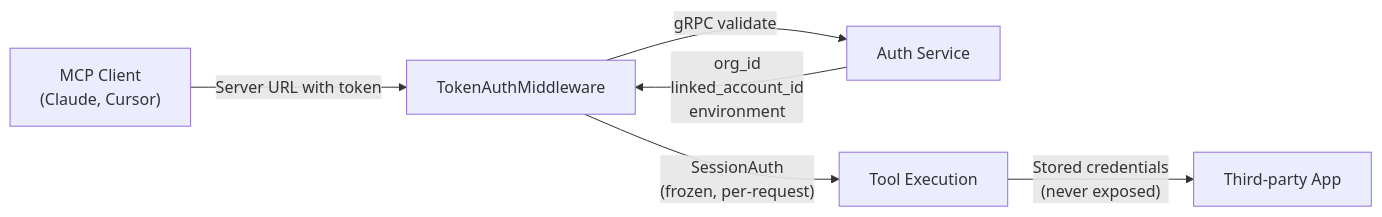
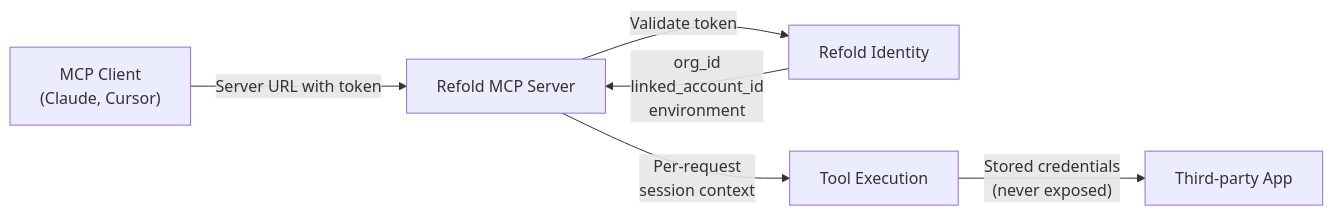
Before and after one commit to gocobalt/mintlify-docs: the diagram in mcp/security-governance.mdx, drawn with Mermaid. The commit also changed other lines of this file and 5 other files, not shown here.

````diff
--- a/mcp/security-governance.mdx
+++ b/mcp/security-governance.mdx
@@ -14,8 +14,8 @@
 ```mermaid
 flowchart LR
-    A["MCP Client<br/>(Claude, Cursor)"] -->|"Server URL with token"| B["TokenAuthMiddleware"]
-    B -->|"gRPC validate"| C["Auth Service"]
+    A["MCP Client<br/>(Claude, Cursor)"] -->|"Server URL with token"| B["Refold MCP Server"]
+    B -->|"Validate token"| C["Refold Identity"]
     C -->|"org_id<br/>linked_account_id<br/>environment"| B
-    B -->|"SessionAuth<br/>(frozen, per-request)"| D["Tool Execution"]
+    B -->|"Per-request<br/>session context"| D["Tool Execution"]
     D -->|"Stored credentials<br/>(never exposed)"| E["Third-party App"]
 ```
````
